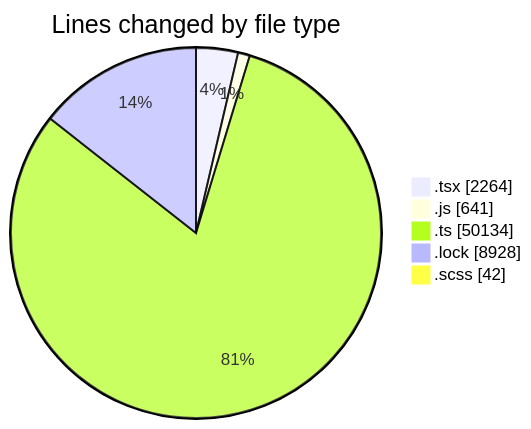
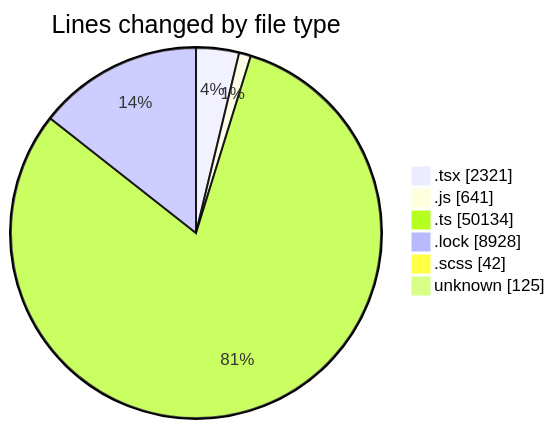
Before and after one commit to momahboobian/code-tracking: the first of 2 diagrams in 2026-09-16/cda/README.md, drawn with Mermaid. The commit also changed other lines of this file and 1 other file, not shown here.

````diff
--- a/2026-09-16/cda/README.md
+++ b/2026-09-16/cda/README.md
@@ -56,9 +58,10 @@
 ```mermaid
 pie showData
 title Lines changed by file type
-".tsx" : 2264
+".tsx" : 2321
 ".js" : 641
 ".ts" : 50134
 ".lock" : 8928
 ".scss" : 42
+"unknown" : 125
 ```
````
